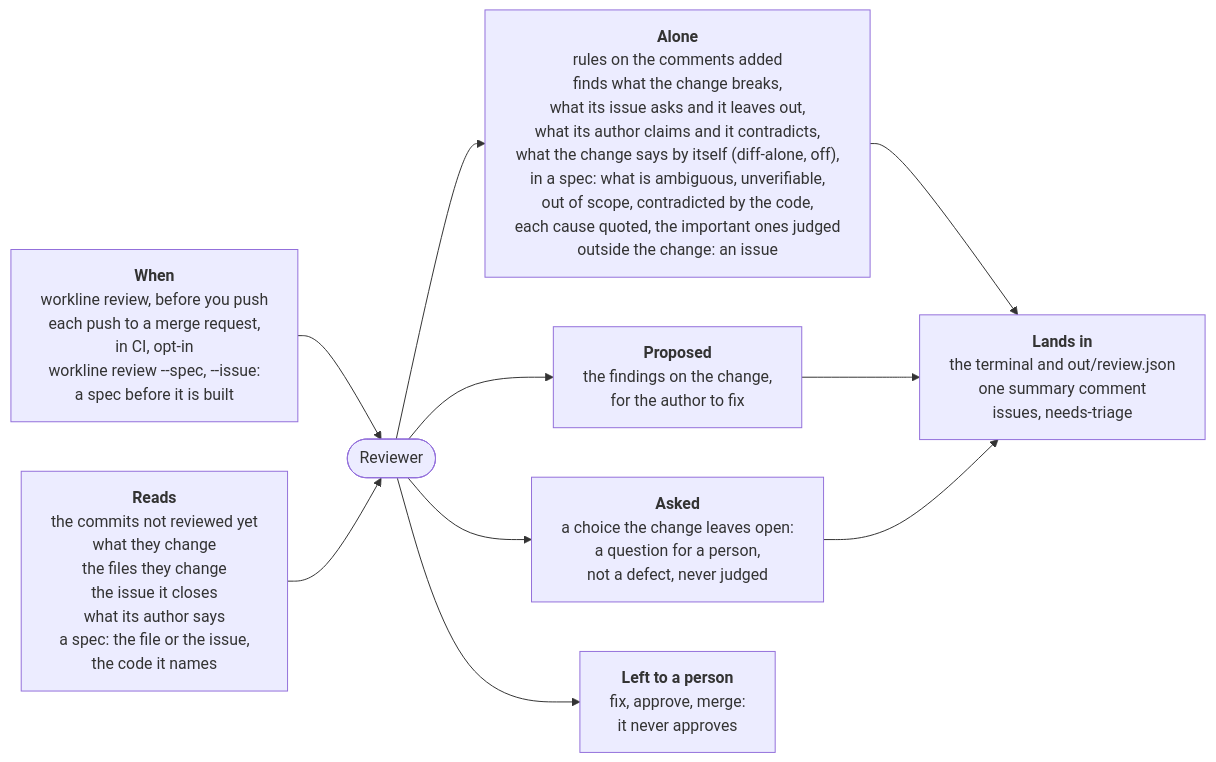
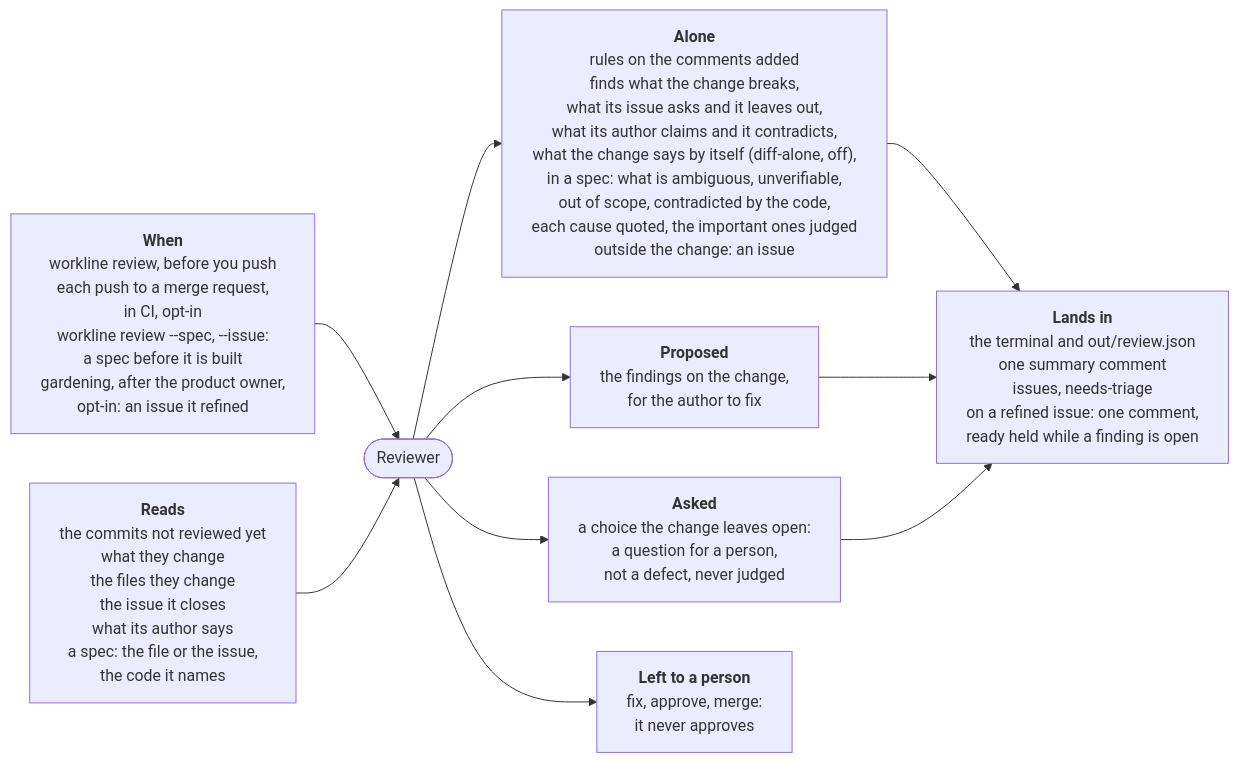
The diagram in roles/reviewer/README.md (JN0V/workline), drawn with Mermaid before and after one commit. The commit also changed other lines of this file and 42 other files, not shown here.

Commit message:
feat(reviewer): a spec read on the forge before it goes ready (#248)

````diff
--- a/roles/reviewer/README.md
+++ b/roles/reviewer/README.md
@@ -8,18 +8,18 @@
 ```mermaid
 %%{init: {"flowchart": {"wrappingWidth": 400}}}%%
 flowchart LR
-  when["<b>When</b><br/>workline review, before you push<br/>each push to a merge request,<br/>in CI, opt-in<br/>workline review --spec, --issue:<br/>a spec before it is built"]
+  when["<b>When</b><br/>workline review, before you push<br/>each push to a merge request,<br/>in CI, opt-in<br/>workline review --spec, --issue:<br/>a spec before it is built<br/>gardening, after the product owner,<br/>opt-in: an issue it refined"]
   reads["<b>Reads</b><br/>the commits not reviewed yet<br/>what they change<br/>the files they change<br/>the issue it closes<br/>what its author says<br/>a spec: the file or the issue,<br/>the code it names"]
   role(["Reviewer"])
   alone["<b>Alone</b><br/>rules on the comments added<br/>finds what the change breaks,<br/>what its issue asks and it leaves out,<br/>what its author claims and it contradicts,<br/>what the change says by itself (diff-alone, off),<br/>in a spec: what is ambiguous, unverifiable,<br/>out of scope, contradicted by the code,<br/>each cause quoted, the important ones judged<br/>outside the change: an issue"]
   proposed["<b>Proposed</b><br/>the findings on the change,<br/>for the author to fix"]
   asked["<b>Asked</b><br/>a choice the change leaves open:<br/>a question for a person,<br/>not a defect, never judged"]
   person["<b>Left to a person</b><br/>fix, approve, merge:<br/>it never approves"]
-  out["<b>Lands in</b><br/>the terminal and out/review.json<br/>one summary comment<br/>issues, needs-triage"]
+  out["<b>Lands in</b><br/>the terminal and out/review.json<br/>one summary comment<br/>issues, needs-triage<br/>on a refined issue: one comment,<br/>ready held while a finding is open"]
   when --> role
   reads --> role
   role --> alone --> out
   role --> proposed --> out
   role --> asked --> out
   role --> person
 ```
````
